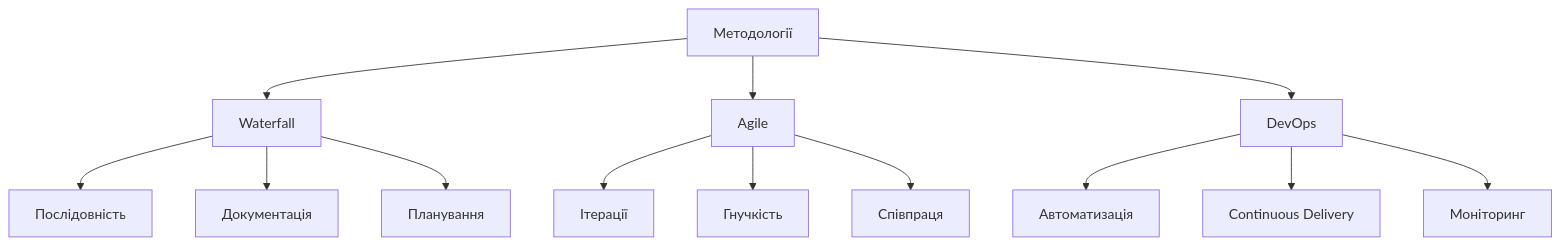
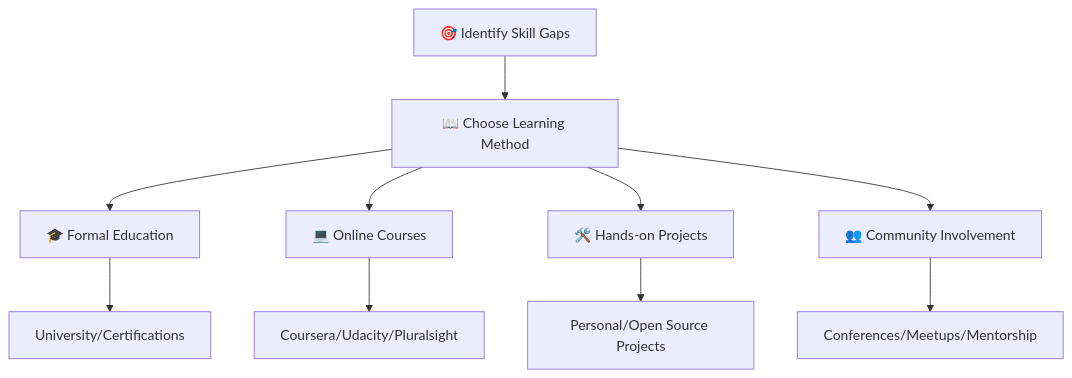
Before and after one commit to olroi421/course-opi: the sixth of 7 diagrams in docs/presentations/presentation-01.md, drawn with Mermaid. The commit also changed other lines of this file and 4 other files, not shown here.

````diff
--- a/docs/presentations/presentation-01.md
+++ b/docs/presentations/presentation-01.md
@@ -213,18 +422,14 @@
 ```mermaid
-graph TB
-    A[Методології] --> B[Waterfall]
-    A --> C[Agile]
-    A --> D[DevOps]
+graph TD
+    A[🎯 Identify Skill Gaps] --> B[📖 Choose Learning Method]
 
-    B --> B1[Послідовність]
-    B --> B2[Документація]
-    B --> B3[Планування]
+    B --> C[🎓 Formal Education]
+    B --> D[💻 Online Courses]
+    B --> E[🛠️ Hands-on Projects]
+    B --> F[👥 Community Involvement]
 
-    C --> C1[Ітерації]
-    C --> C2[Гнучкість]
-    C --> C3[Співпраця]
-
-    D --> D1[Автоматизація]
-    D --> D2[Continuous Delivery]
-    D --> D3[Моніторинг]
+    C --> G[University/Certifications]
+    D --> H[Coursera/Udacity/Pluralsight]
+    E --> I[Personal/Open Source Projects]
+    F --> J[Conferences/Meetups/Mentorship]
 ```
````
